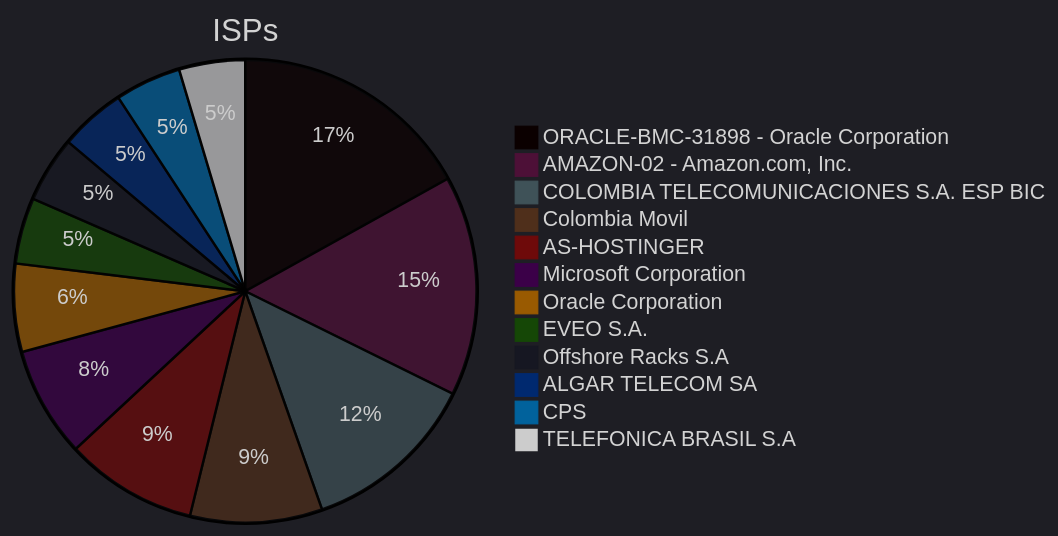
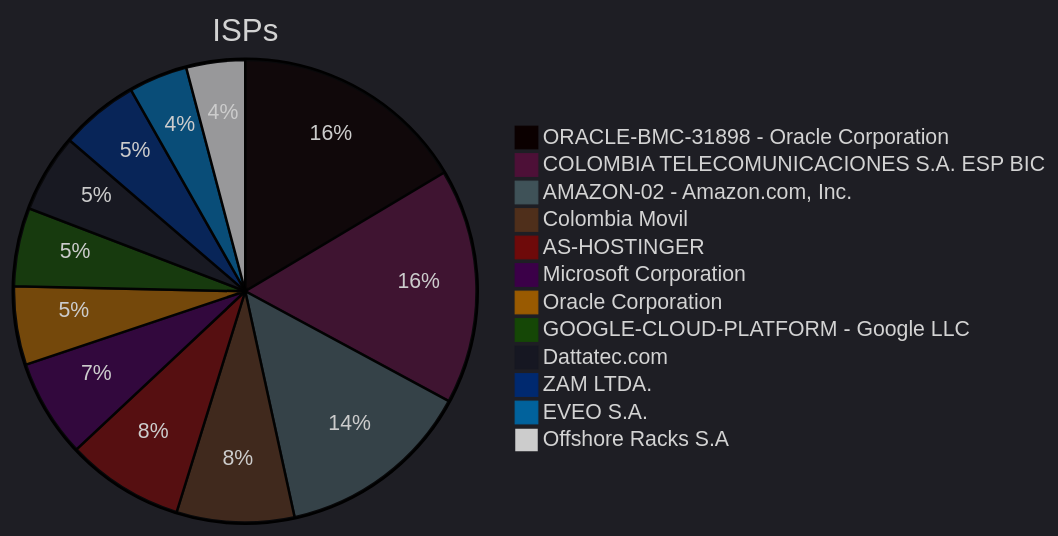
One commit to ZoqueLabs/website changed the fourth of 7 diagrams in zolim.md. Above: the diagram before and after it, drawn with Mermaid. The commit also changed other lines of this file, not shown here.

````diff
--- a/zolim.md
+++ b/zolim.md
@@ -93,19 +93,19 @@
 ```mermaid
 ---
 config:
   theme: dark
 ---
 pie title ISPs
-  "ORACLE-BMC-31898 - Oracle Corporation" : 11
+  "ORACLE-BMC-31898 - Oracle Corporation" : 12
+  "COLOMBIA TELECOMUNICACIONES S.A. ESP BIC" : 12
   "AMAZON-02 - Amazon.com, Inc." : 10
-  "COLOMBIA TELECOMUNICACIONES S.A. ESP BIC" : 8
   "Colombia Movil" : 6
   "AS-HOSTINGER" : 6
   "Microsoft Corporation" : 5
   "Oracle Corporation" : 4
+  "GOOGLE-CLOUD-PLATFORM - Google LLC" : 4
+  "Dattatec.com" : 4
+  "ZAM LTDA." : 4
   "EVEO S.A." : 3
   "Offshore Racks S.A" : 3
-  "ALGAR TELECOM SA" : 3
-  "CPS" : 3
-  "TELEFONICA BRASIL S.A" : 3
 ```
````
